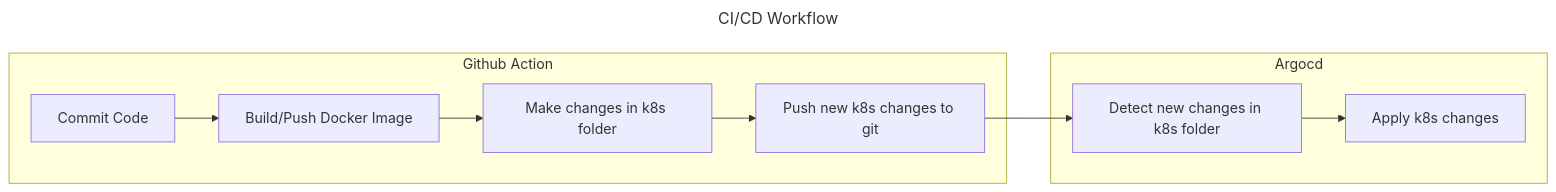
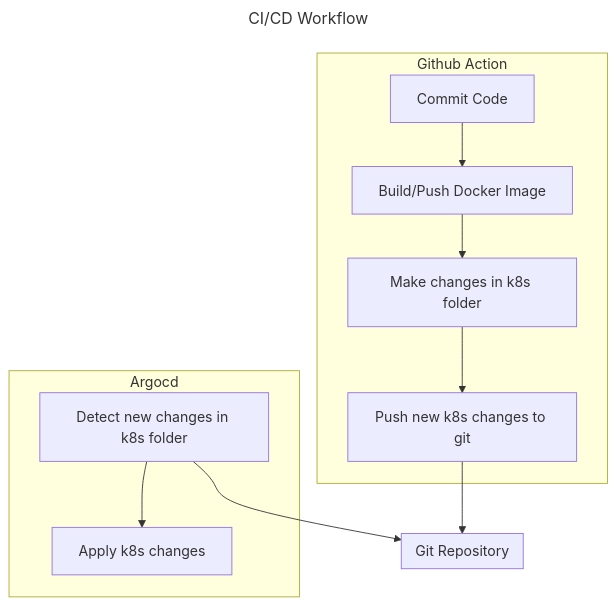
Before and after one commit to dinh-van-tran/VTI: the third of 3 diagrams in README.md, drawn with Mermaid. The commit also changed other lines of this file, not shown here.

Commit message:
2: Fix graph

````diff
--- a/README.md
+++ b/README.md
@@ -372,20 +372,23 @@
 ```mermaid
 ---
 title: CI/CD Workflow
 ---
-flowchart LR
+flowchart TB
     subgraph github-action[Github Action]
-    commit-code[Commit Code] -->
-    build-push-docker-image[Build/Push Docker Image] -->
-    make-changes-in-k8s-folder[Make changes in k8s folder] -->
-    push-new-k8s-change-to-git[Push new k8s changes to git]
+      commit-code[Commit Code] -->
+      build-push-docker-image[Build/Push Docker Image] -->
+      make-changes-in-k8s-folder[Make changes in k8s folder] -->
+      push-new-k8s-change-to-git[Push new k8s changes to git]
     end
 
+    subgraph git-repo[Git Repository]
+    end
 
     subgraph argocd[Argocd]
-    detect-new-changes-in-k8s-folder[Detect new changes in k8s folder] -->
-    apply-k8s-changes[Apply k8s changes]
+      detect-new-changes-in-k8s-folder[Detect new changes in k8s folder] -->
+      apply-k8s-changes[Apply k8s changes]
     end
 
-    push-new-k8s-change-to-git --> detect-new-changes-in-k8s-folder
+    push-new-k8s-change-to-git --> git-repo
+    detect-new-changes-in-k8s-folder --> git-repo
 ```
````
